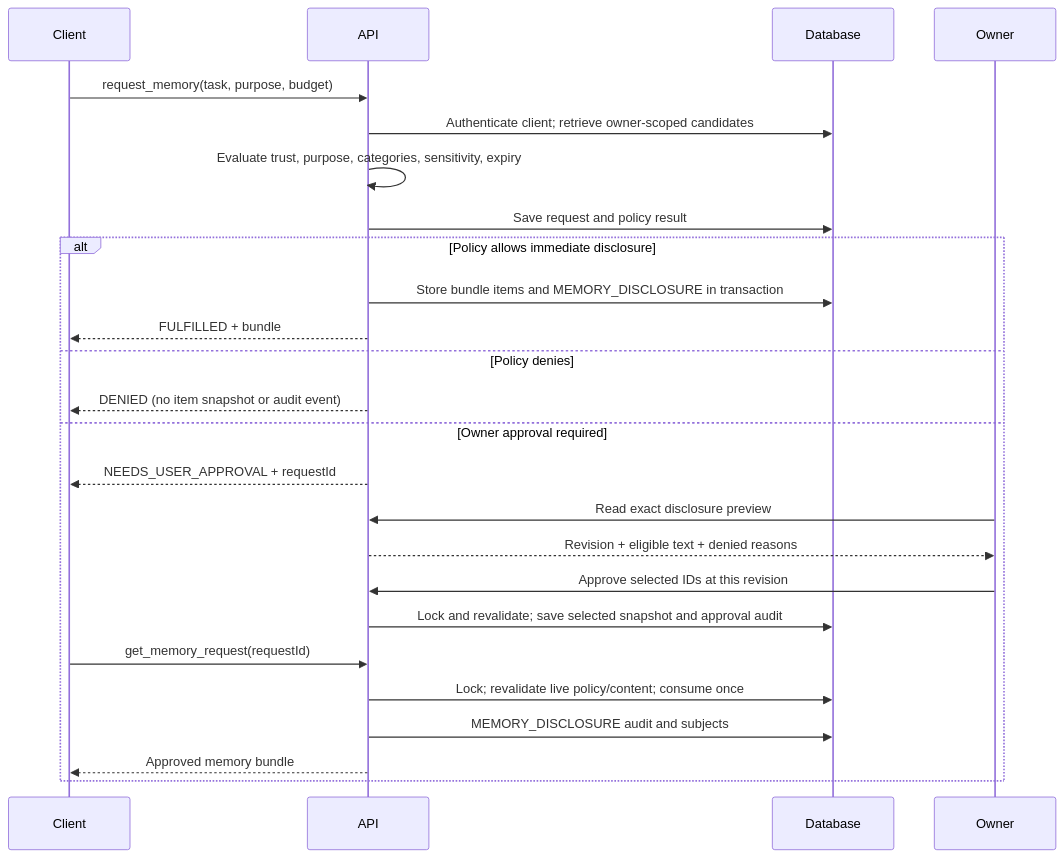
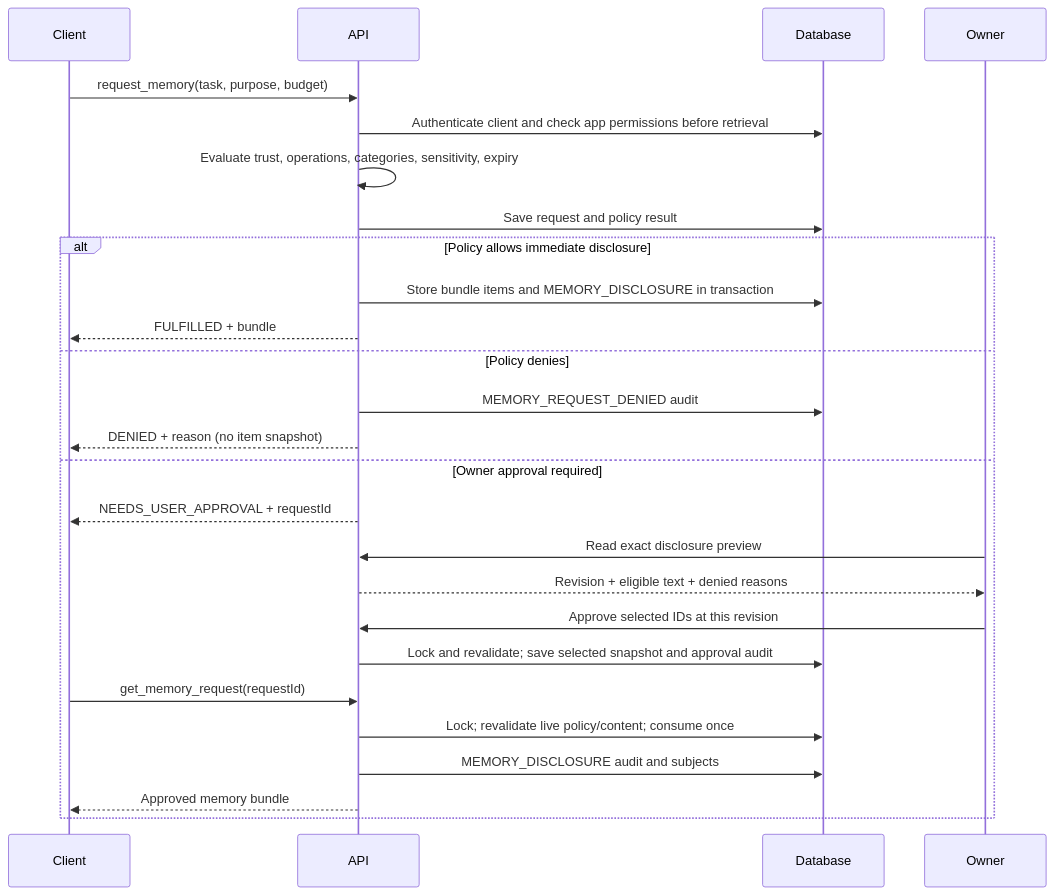
The second of 4 diagrams in ARCHITECTURE.md (bereciartua/funes-vault), drawn with Mermaid before and after one commit. The commit also changed other lines of this file and 117 other files, not shown here.

Commit message:
feat(permissions)!: authorize apps independently of stated purpose

````diff
--- a/ARCHITECTURE.md
+++ b/ARCHITECTURE.md
@@ -86,27 +86,28 @@
 ```mermaid
 sequenceDiagram
     participant C as Client
     participant A as API
     participant D as Database
     participant O as Owner
     C->>A: request_memory(task, purpose, budget)
-    A->>D: Authenticate client#59; retrieve owner-scoped candidates
-    A->>A: Evaluate trust, purpose, categories, sensitivity, expiry
+    A->>D: Authenticate client and check app permissions before retrieval
+    A->>A: Evaluate trust, operations, categories, sensitivity, expiry
     A->>D: Save request and policy result
     alt Policy allows immediate disclosure
         A->>D: Store bundle items and MEMORY_DISCLOSURE in transaction
         A-->>C: FULFILLED + bundle
     else Policy denies
-        A-->>C: DENIED (no item snapshot or audit event)
+        A->>D: MEMORY_REQUEST_DENIED audit
+        A-->>C: DENIED + reason (no item snapshot)
     else Owner approval required
         A-->>C: NEEDS_USER_APPROVAL + requestId
     O->>A: Read exact disclosure preview
     A-->>O: Revision + eligible text + denied reasons
     O->>A: Approve selected IDs at this revision
     A->>D: Lock and revalidate#59; save selected snapshot and approval audit
     C->>A: get_memory_request(requestId)
     A->>D: Lock#59; revalidate live policy/content#59; consume once
     A->>D: MEMORY_DISCLOSURE audit and subjects
     A-->>C: Approved memory bundle
     end
 ```
````
